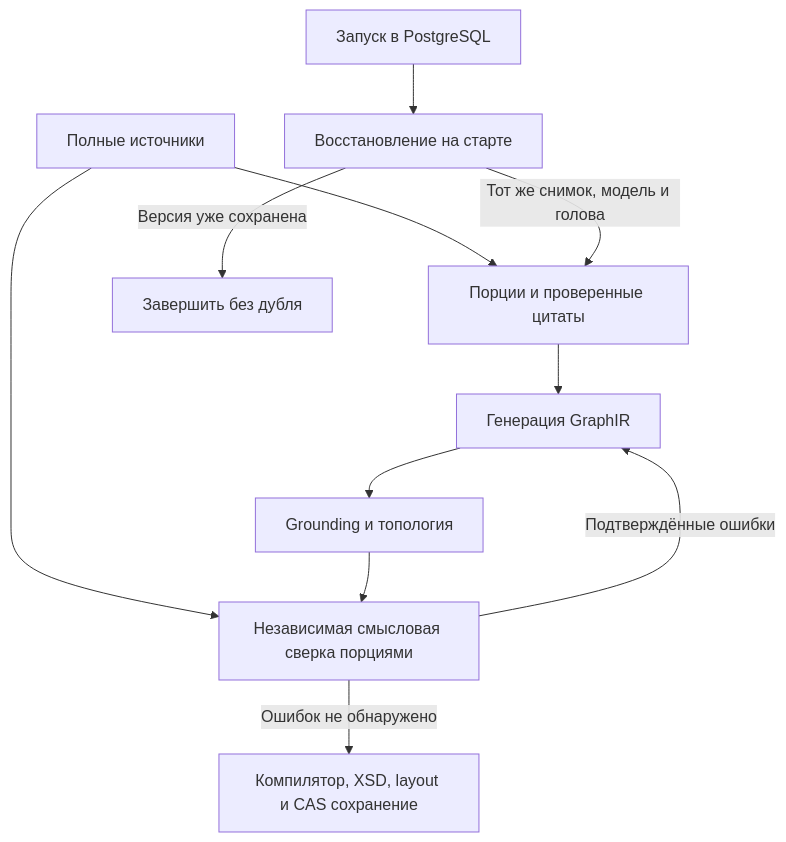
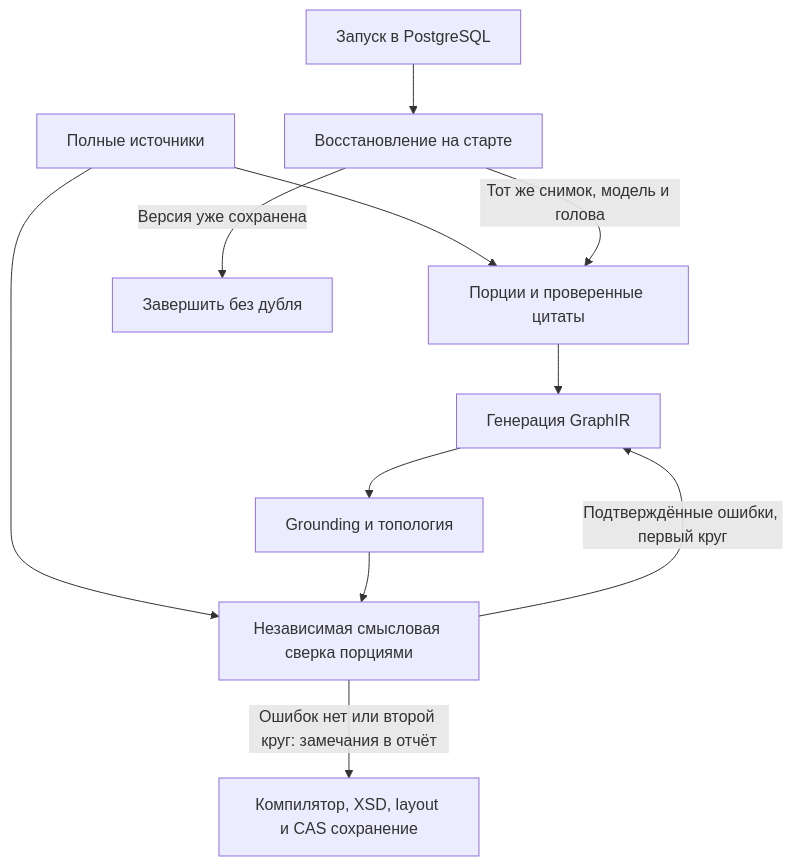
The diagram in docs/adr/0008-evidence-semantic-review-and-recovery.md (MattoYuzuru/BPMN.Space), drawn with Mermaid before and after one commit. The commit also changed other lines of this file and 11 other files, not shown here.

First line of the commit message:
fix(graph): смысловая сверка не блокирует публикацию схемы, кеш repair у Anthropic

````diff
--- a/docs/adr/0008-evidence-semantic-review-and-recovery.md
+++ b/docs/adr/0008-evidence-semantic-review-and-recovery.md
@@ -36,13 +43,13 @@
 ```mermaid
 flowchart TD
     D[Полные источники] --> C[Порции и проверенные цитаты]
     C --> G[Генерация GraphIR]
     G --> V[Grounding и топология]
     D --> S[Независимая смысловая сверка порциями]
     V --> S
-    S -->|Подтверждённые ошибки| G
-    S -->|Ошибок не обнаружено| X[Компилятор, XSD, layout и CAS сохранение]
+    S -->|Подтверждённые ошибки, первый круг| G
+    S -->|Ошибок нет или второй круг: замечания в отчёт| X[Компилятор, XSD, layout и CAS сохранение]
     DB[Запуск в PostgreSQL] --> R[Восстановление на старте]
     R -->|Тот же снимок, модель и голова| C
     R -->|Версия уже сохранена| OK[Завершить без дубля]
 ```
````
